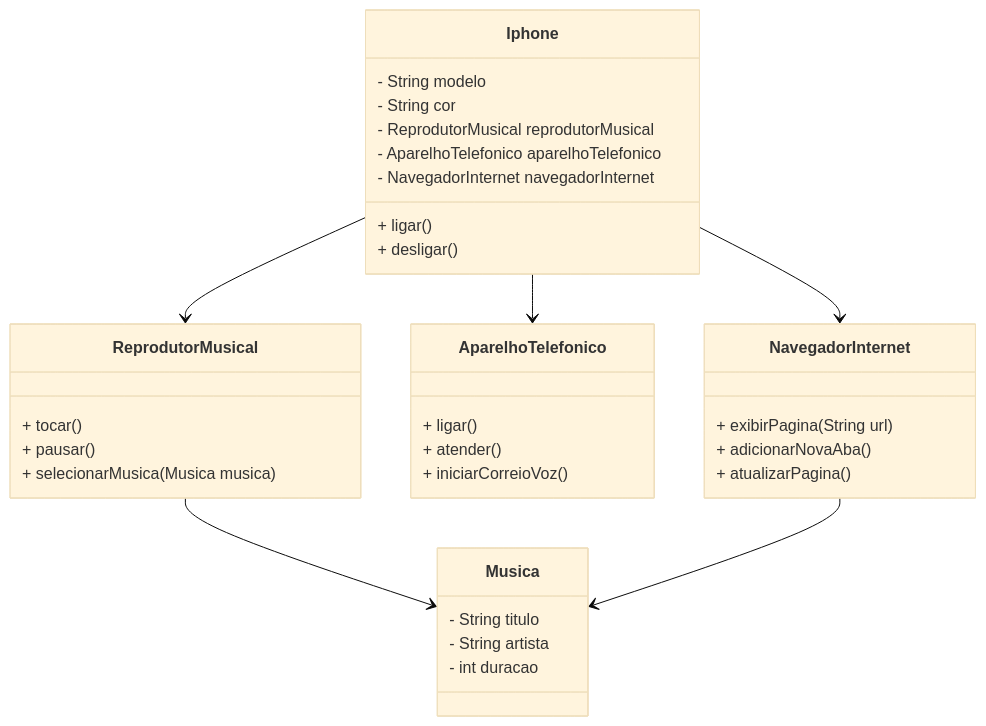
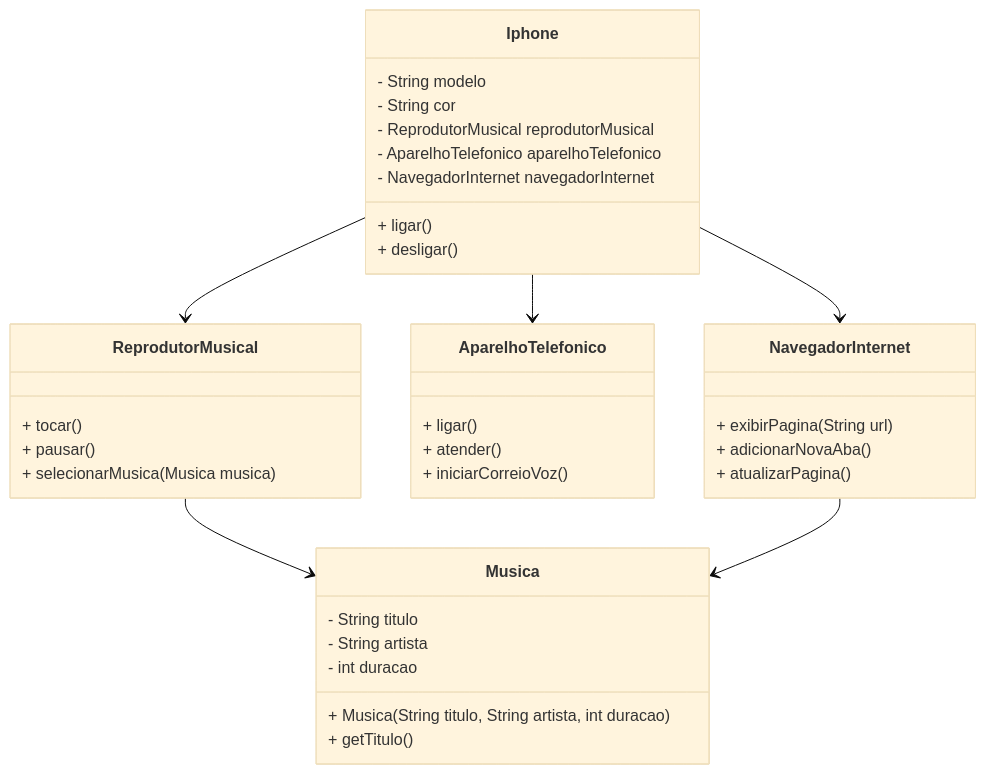
One commit to cledilson-devcode/diagrama-iphone changed the diagram in README.md. Above: the diagram before and after it, drawn with Mermaid (base theme).

Commit message:
Update README.md
doc: ajustando documentação

````diff
--- a/README.md
+++ b/README.md
@@ -7,42 +7,44 @@
 ```mermaid
 classDiagram
     class Iphone {
         - String modelo
         - String cor
         - ReprodutorMusical reprodutorMusical
         - AparelhoTelefonico aparelhoTelefonico
         - NavegadorInternet navegadorInternet
         + ligar()
         + desligar()
     }
 
     class ReprodutorMusical {
         + tocar()
         + pausar()
         + selecionarMusica(Musica musica)
     }
 
     class AparelhoTelefonico {
         + ligar()
         + atender()
         + iniciarCorreioVoz()
     }
 
     class NavegadorInternet {
         + exibirPagina(String url)
         + adicionarNovaAba()
         + atualizarPagina()
     }
 
     class Musica {
         - String titulo
         - String artista
         - int duracao
+        + Musica(String titulo, String artista, int duracao)
+        + getTitulo()
     }
 
     Iphone --> ReprodutorMusical
     Iphone --> AparelhoTelefonico
     Iphone --> NavegadorInternet
     ReprodutorMusical --> Musica
     NavegadorInternet --> Musica
 ```
````
